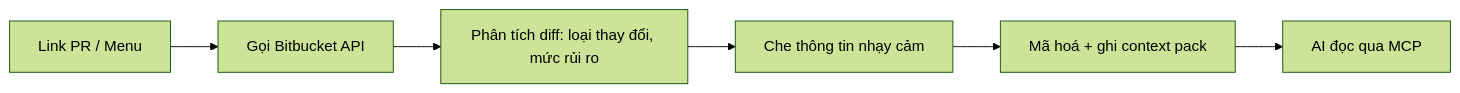
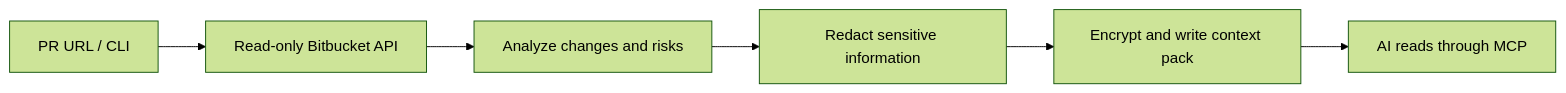
The diagram in README.md (Ninh-Duong/mcp-pr-companion), drawn with Mermaid (forest theme) before and after one commit. The commit also changed other lines of this file and 39 other files, not shown here.

````diff
--- a/README.md
+++ b/README.md
@@ -231,8 +226,8 @@
-```mermaid
+~~~mermaid
 flowchart LR
-    A[Link PR / Menu] --> B[Gọi Bitbucket API]
-    B --> C[Phân tích diff: loại thay đổi, mức rủi ro]
-    C --> D[Che thông tin nhạy cảm]
-    D --> E[Mã hoá + ghi context pack]
-    E --> F[AI đọc qua MCP]
-```
+    A[PR URL / CLI] --> B[Read-only Bitbucket API]
+    B --> C[Analyze changes and risks]
+    C --> D[Redact sensitive information]
+    D --> E[Encrypt and write context pack]
+    E --> F[AI reads through MCP]
+~~~
````
